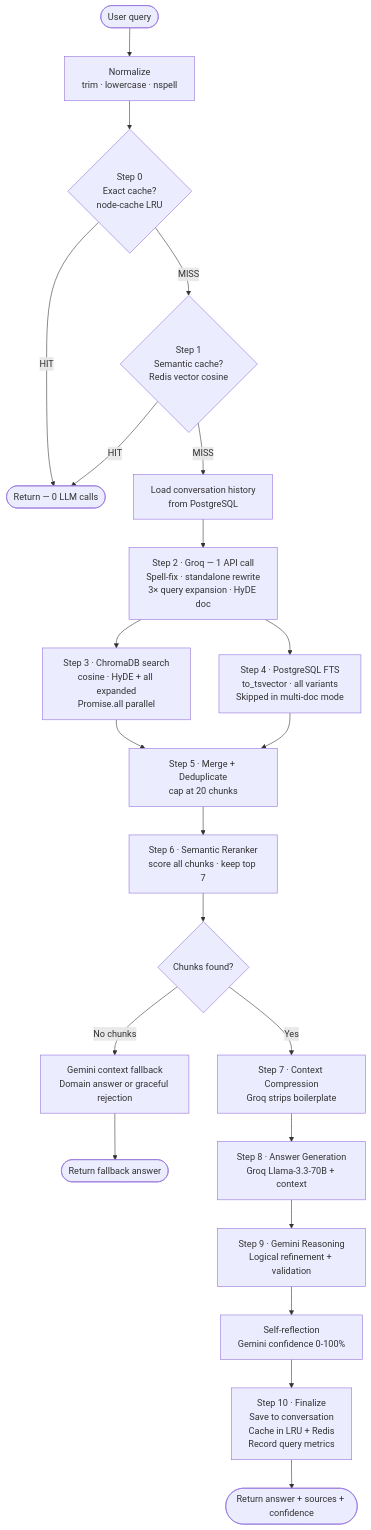
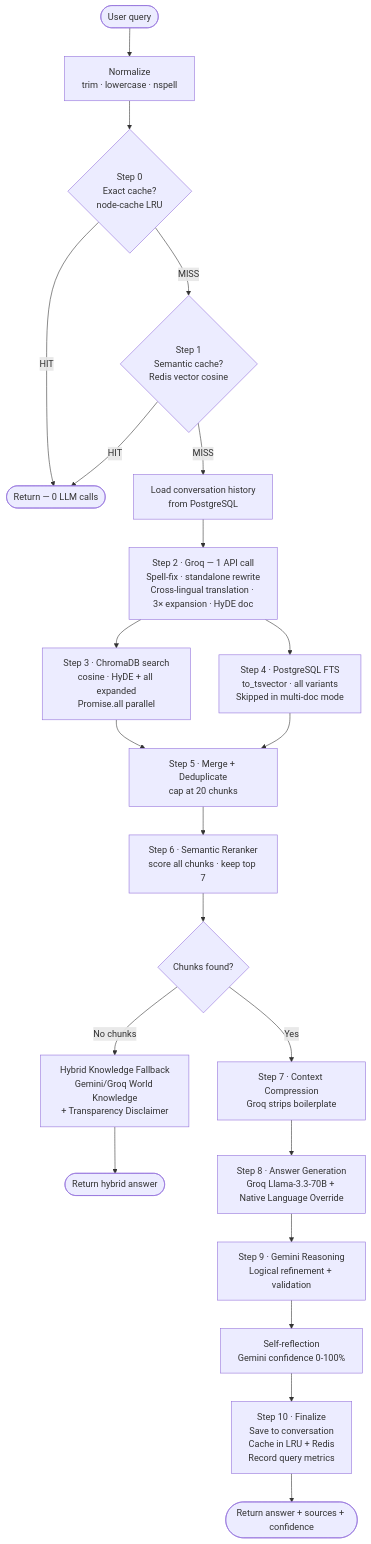
The second of 6 diagrams in README.md (rajakumar123-commit/nexasense-ai-assistant), drawn with Mermaid before and after one commit. The commit also changed other lines of this file, not shown here.

Commit message:
docs: enhanced v3.0 README with updated mermaid architecture and feature lists

````diff
--- a/README.md
+++ b/README.md
@@ -228,31 +241,31 @@
 ```mermaid
 flowchart TD
     A([User query]) --> B["Normalize\ntrim · lowercase · nspell"]
 
     B --> C{"Step 0\nExact cache?\nnode-cache LRU"}
     C -- HIT --> ZERO(["Return — 0 LLM calls"])
     C -- MISS --> D{"Step 1\nSemantic cache?\nRedis vector cosine"}
     D -- HIT --> ZERO
 
     D -- MISS --> E["Load conversation history\nfrom PostgreSQL"]
-    E --> F["Step 2 · Groq — 1 API call\nSpell-fix · standalone rewrite\n3× query expansion · HyDE doc"]
+    E --> F["Step 2 · Groq — 1 API call\nSpell-fix · standalone rewrite\nCross-lingual translation · 3× expansion · HyDE doc"]
 
     F --> G["Step 3 · ChromaDB search\ncosine · HyDE + all expanded\nPromise.all parallel"]
     F --> H["Step 4 · PostgreSQL FTS\nto_tsvector · all variants\nSkipped in multi-doc mode"]
 
     G --> I["Step 5 · Merge + Deduplicate\ncap at 20 chunks"]
     H --> I
 
     I --> J["Step 6 · Semantic Reranker\nscore all chunks · keep top 7"]
     J --> K{"Chunks found?"}
 
-    K -- "No chunks" --> L["Gemini context fallback\nDomain answer or graceful rejection"]
-    L --> OUT2(["Return fallback answer"])
+    K -- "No chunks" --> L["Hybrid Knowledge Fallback\nGemini/Groq World Knowledge\n+ Transparency Disclaimer"]
+    L --> OUT2(["Return hybrid answer"])
 
     K -- "Yes" --> M["Step 7 · Context Compression\nGroq strips boilerplate"]
-    M --> N["Step 8 · Answer Generation\nGroq Llama-3.3-70B + context"]
+    M --> N["Step 8 · Answer Generation\nGroq Llama-3.3-70B + Native Language Override"]
     N --> O["Step 9 · Gemini Reasoning\nLogical refinement + validation"]
     O --> P["Self-reflection\nGemini confidence 0-100%"]
     P --> Q["Step 10 · Finalize\nSave to conversation\nCache in LRU + Redis\nRecord query metrics"]
     Q --> OUT(["Return answer + sources + confidence"])
 ```
````
